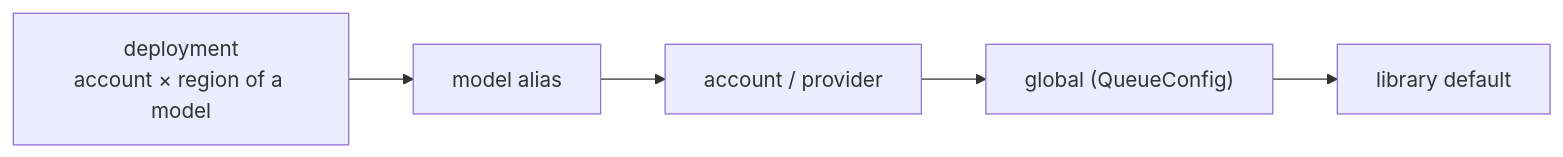
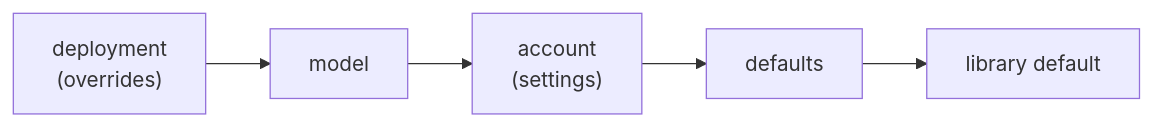
One commit to techiewonk/taskiq-llm-queue changed the third of 9 diagrams in docs/ACCOUNT_ROUTING_PLAN.md. Above: the diagram before and after it, drawn with Mermaid. The commit also changed other lines of this file, not shown here.

First line of the commit message:
Plan: full settings schema and inference parameters

````diff
--- a/docs/ACCOUNT_ROUTING_PLAN.md
+++ b/docs/ACCOUNT_ROUTING_PLAN.md
@@ -377,4 +538,4 @@
 ```mermaid
 flowchart LR
-  D["deployment<br/>account × region of a model"] --> M["model alias"] --> A["account / provider"] --> G["global (QueueConfig)"] --> L["library default"]
+  D["deployment<br/>(overrides)"] --> M["model"] --> A["account<br/>(settings)"] --> G["defaults"] --> L["library default"]
 ```
````
